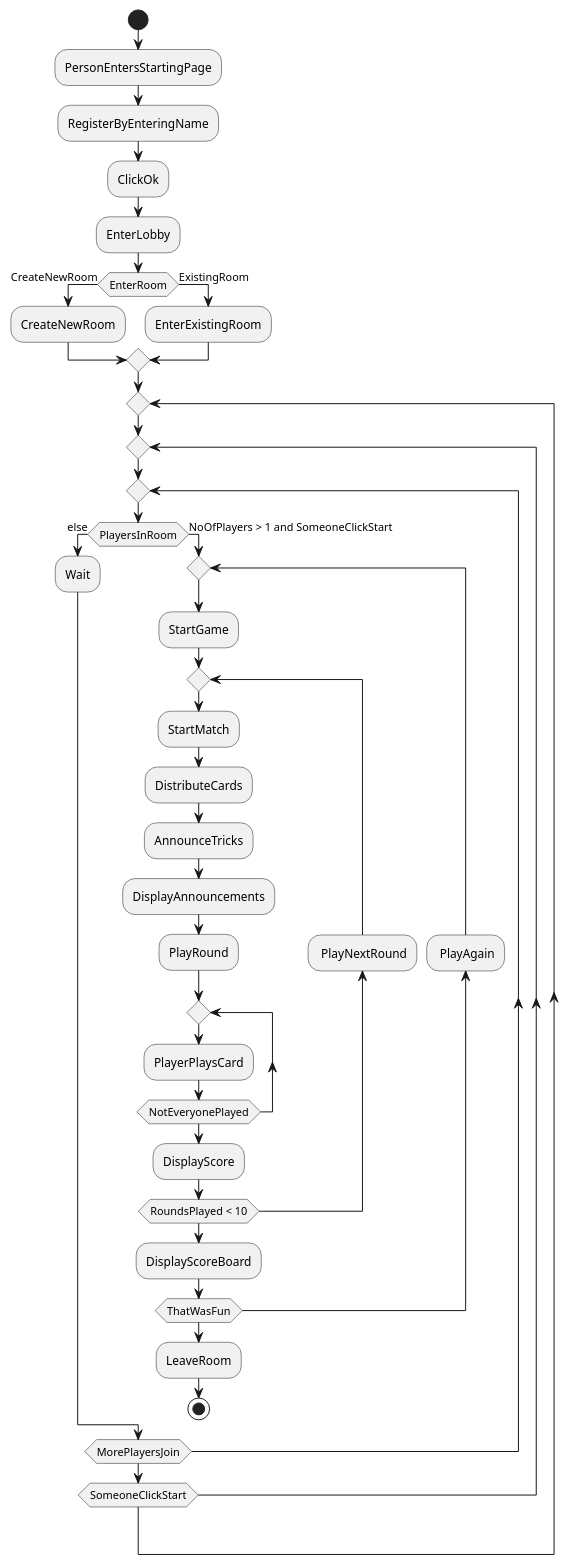
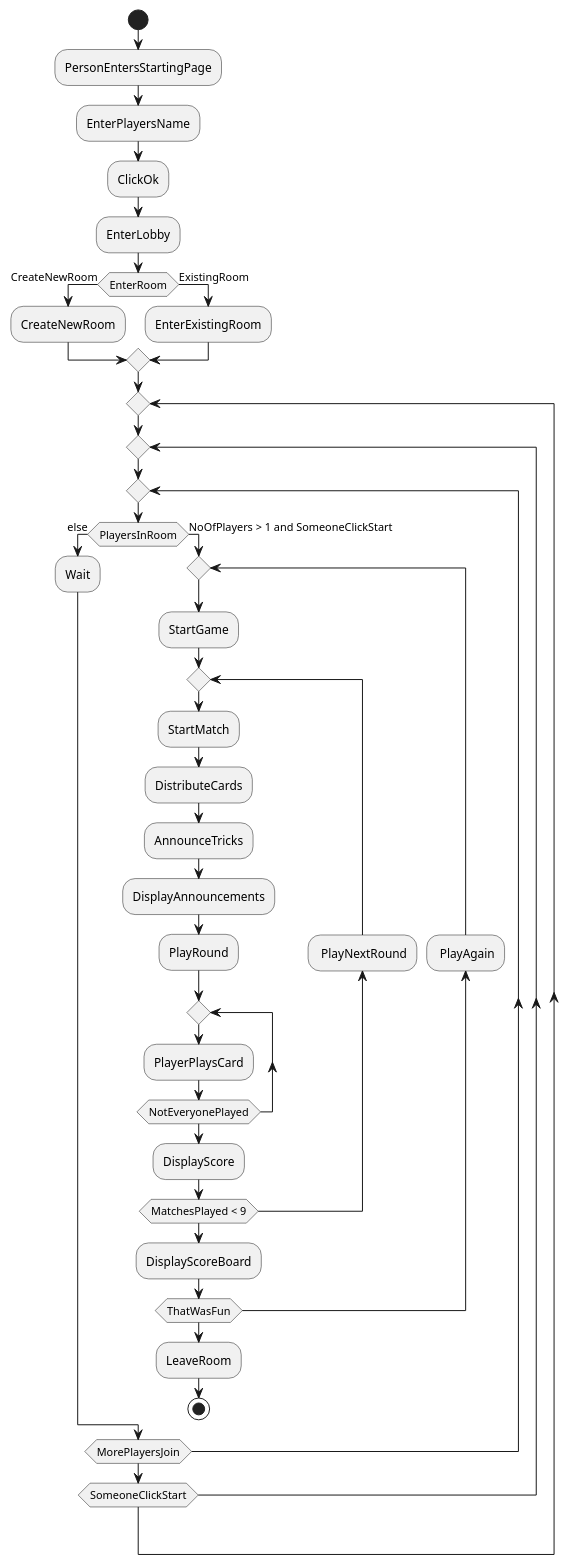
One commit to sopra-fs22-group-36/screw-your-neighbor-server changed the diagram in doc/m2/uml/overall_workflow.puml. Above: the diagram before and after it, drawn with PlantUML. The commit also changed 1 other file, not shown here.

Commit message:
corrections: DTO removed, match instead of rounds

```diff
--- a/doc/m2/uml/overall_workflow.puml
+++ b/doc/m2/uml/overall_workflow.puml
@@ -1,43 +1,43 @@
 @startuml
 'https://plantuml.com/activity-diagram-beta
 
 start
 :PersonEntersStartingPage;
-:RegisterByEnteringName;
+:EnterPlayersName;
 :ClickOk;
 :EnterLobby;
 if (EnterRoom) then (CreateNewRoom)
     :CreateNewRoom;
 else (ExistingRoom)
     :EnterExistingRoom;
 endif
 repeat
 repeat
 repeat
     if (PlayersInRoom) then (else)
         :Wait;
     else (NoOfPlayers > 1 and SomeoneClickStart)
         repeat
         :StartGame;
         repeat
             :StartMatch;
             :DistributeCards;
             :AnnounceTricks;
             :DisplayAnnouncements;
             :PlayRound;
             repeat
             :PlayerPlaysCard;
             repeat while (NotEveryonePlayed)
             :DisplayScore;
             backward: PlayNextRound;
-        repeat while (RoundsPlayed < 10)
+        repeat while (MatchesPlayed < 9)
         :DisplayScoreBoard;
         backward: PlayAgain;
         repeat while (ThatWasFun)
         :LeaveRoom;
         stop
     endif
 repeat while (MorePlayersJoin)
 repeat while (SomeoneClickStart)
 
 @enduml
```
